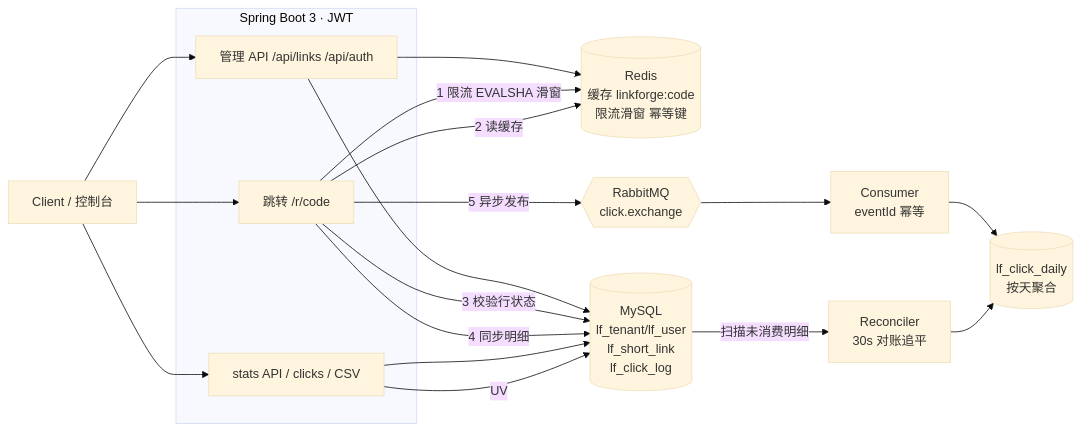
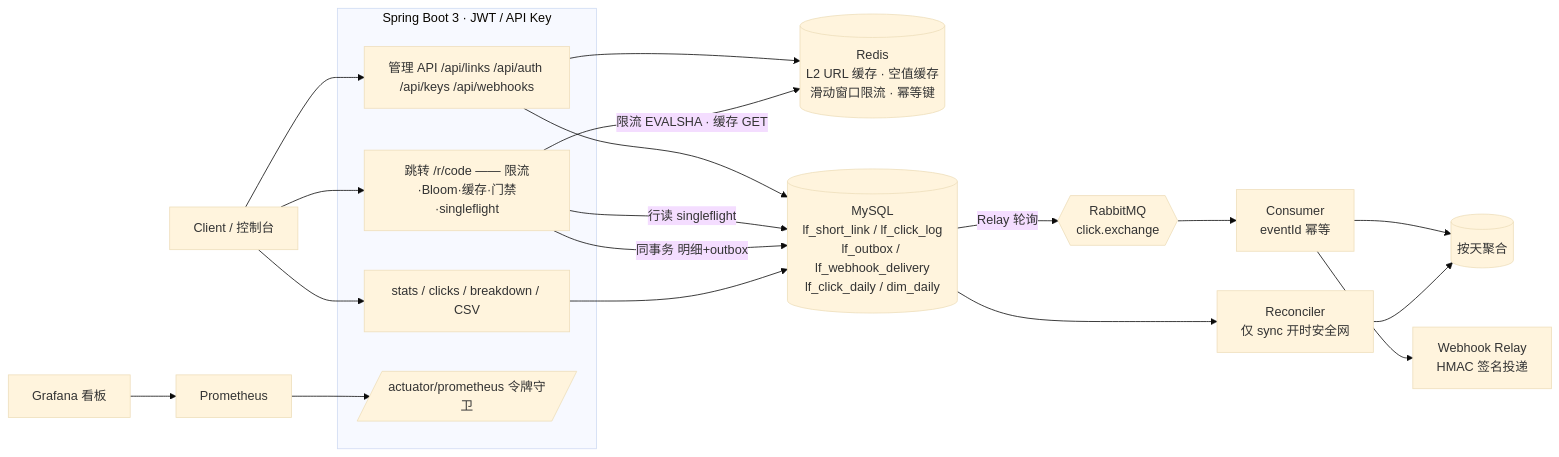
One commit to NorthAdb/LinkForge changed the diagram in README.md. Above: the diagram before and after it, drawn with Mermaid (base theme). The commit also changed other lines of this file and 2 other files, not shown here.

First line of the commit message:
release(v2): 2.0.0 — pom bump, OpenAPI version IT, README rewritten

````diff
--- a/README.md
+++ b/README.md
@@ -360,28 +122,30 @@
 ```mermaid
 flowchart LR
     C[Client / 控制台]
-    subgraph APP[Spring Boot 3 · JWT]
-        API[管理 API /api/links /api/auth]
-        R[跳转 /r/code]
-        ST[stats API / clicks / CSV]
+    subgraph APP[Spring Boot 3 · JWT / API Key]
+        API[管理 API /api/links /api/auth /api/keys /api/webhooks]
+        R[跳转 /r/code —— 限流·Bloom·缓存·门禁·singleflight]
+        ST[stats / clicks / breakdown / CSV]
+        PROM[/actuator/prometheus 令牌守卫/]
     end
-    RD[(Redis\n缓存 linkforge:code\n限流滑窗 幂等键)]
-    MY[(MySQL\nlf_tenant/lf_user\nlf_short_link\nlf_click_log)]
+    RD[(Redis\nL2 URL 缓存 · 空值缓存\n滑动窗口限流 · 幂等键)]
+    MY[(MySQL\nlf_short_link / lf_click_log\nlf_outbox / lf_webhook_delivery\nlf_click_daily / dim_daily)]
     MQ{{RabbitMQ\nclick.exchange}}
     CONS[Consumer\neventId 幂等]
-    AGG[(lf_click_daily\n按天聚合)]
-    REC[Reconciler\n30s 对账追平]
+    AGG[(按天聚合)]
+    REC[Reconciler\n仅 sync 开时安全网]
+    WH[Webhook Relay\nHMAC 签名投递]
+    P[Prometheus] --> PROM
+    G[Grafana 看板] --> P
 
     C --> API --> MY
     API --> RD
     C --> R
-    R -->|1 限流 EVALSHA 滑窗| RD
-    R -->|2 读缓存| RD
-    R -->|3 校验行状态| MY
-    R -->|4 同步明细| MY
-    R -->|5 异步发布| MQ
-    MQ --> CONS --> AGG
-    MY -->|扫描未消费明细| REC --> AGG
+    R -->|限流 EVALSHA · 缓存 GET| RD
+    R -->|行读 singleflight| MY
+    R -->|同事务 明细+outbox| MY
+    MY -->|Relay 轮询| MQ --> CONS --> AGG
+    CONS --> WH
+    MY --> REC --> AGG
     C --> ST --> MY
-    ST -->|UV| MY
 ```
````
